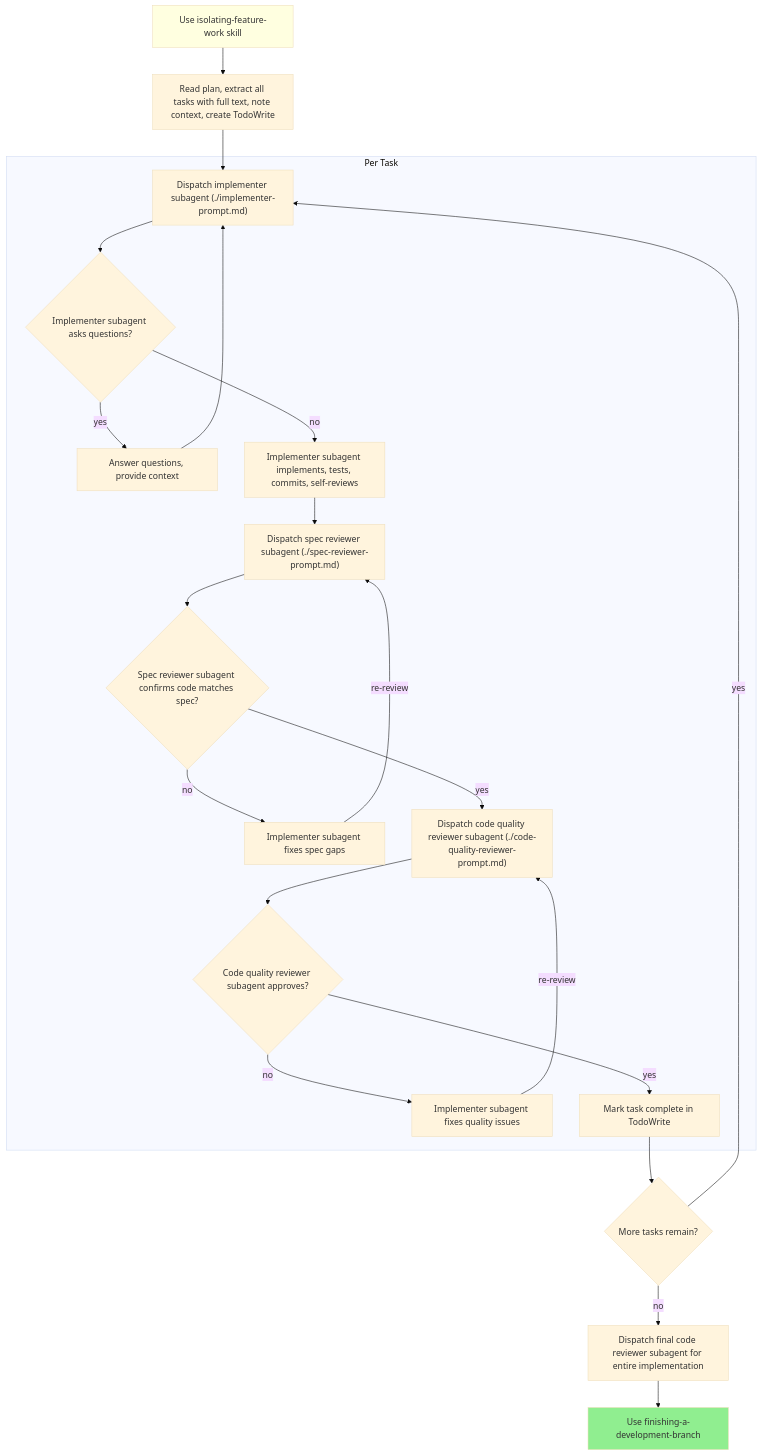
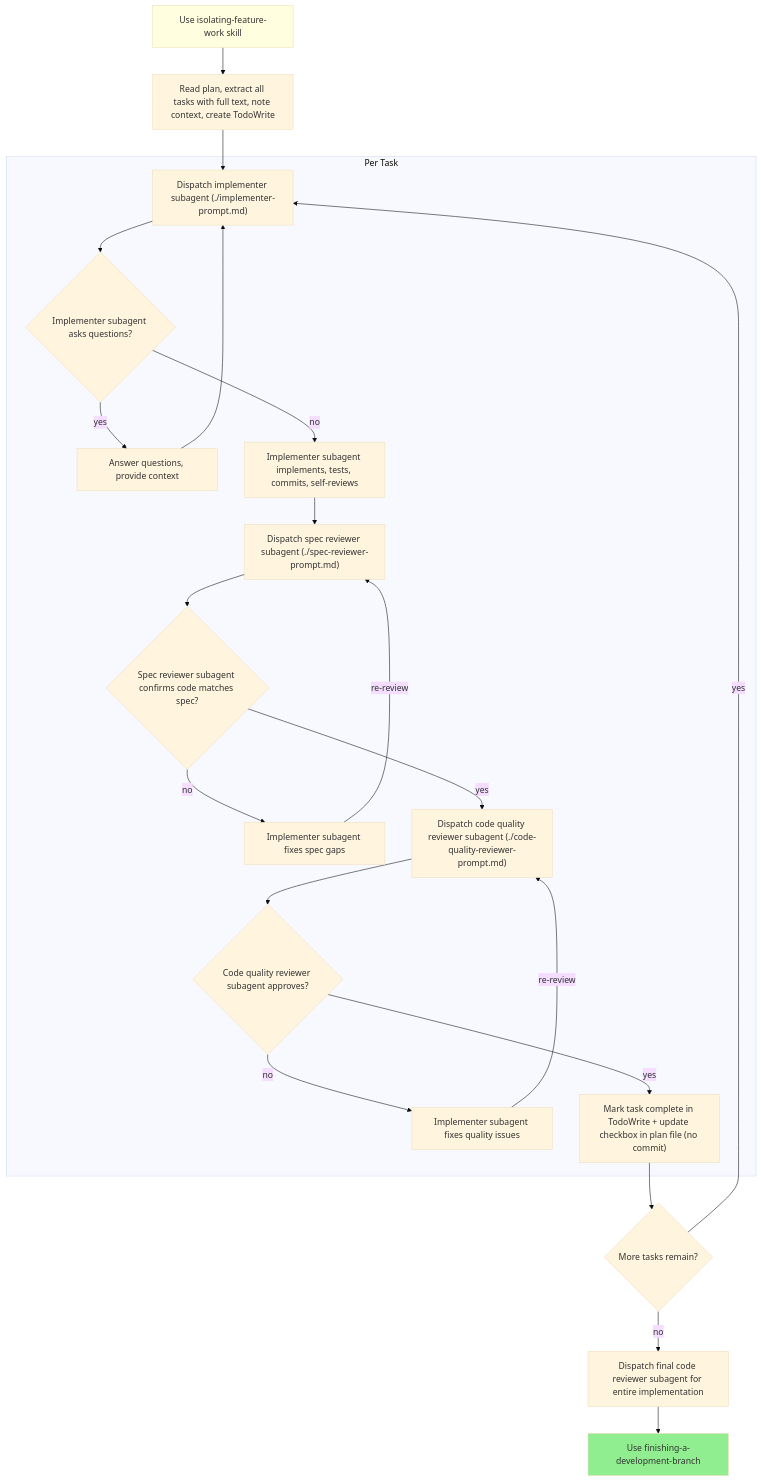
The second of 2 diagrams in .ai/skills/subagent-driven-development/SKILL.md (tungdd98/health-chatbot), drawn with Mermaid (base theme) before and after one commit. The commit also changed other lines of this file and 1 other file, not shown here.

Commit message:
feat(skill): add plan file checkbox update rule to executing-plans and subagent-driven-development

````diff
--- a/.ai/skills/subagent-driven-development/SKILL.md
+++ b/.ai/skills/subagent-driven-development/SKILL.md
@@ -44,45 +44,45 @@
 ```mermaid
 flowchart TD
     isolate["Use isolating-feature-work skill"]
     read["Read plan, extract all tasks with full text, note context, create TodoWrite"]
     moreTasks{"More tasks remain?"}
     finalReview["Dispatch final code reviewer subagent for entire implementation"]
     finish["Use finishing-a-development-branch"]
 
     subgraph perTask ["Per Task"]
         dispatch["Dispatch implementer subagent (./implementer-prompt.md)"]
         questions{"Implementer subagent asks questions?"}
         answer["Answer questions, provide context"]
         implement["Implementer subagent implements, tests, commits, self-reviews"]
         specReview["Dispatch spec reviewer subagent (./spec-reviewer-prompt.md)"]
         specMatch{"Spec reviewer subagent confirms code matches spec?"}
         fixSpec["Implementer subagent fixes spec gaps"]
         qualReview["Dispatch code quality reviewer subagent (./code-quality-reviewer-prompt.md)"]
         qualApprove{"Code quality reviewer subagent approves?"}
         fixQuality["Implementer subagent fixes quality issues"]
-        markDone["Mark task complete in TodoWrite"]
+        markDone["Mark task complete in TodoWrite + update checkbox in plan file (no commit)"]
     end
 
     isolate --> read
     read --> dispatch
     dispatch --> questions
     questions -->|yes| answer
     answer --> dispatch
     questions -->|no| implement
     implement --> specReview
     specReview --> specMatch
     specMatch -->|no| fixSpec
     fixSpec -->|re-review| specReview
     specMatch -->|yes| qualReview
     qualReview --> qualApprove
     qualApprove -->|no| fixQuality
     fixQuality -->|re-review| qualReview
     qualApprove -->|yes| markDone
     markDone --> moreTasks
     moreTasks -->|yes| dispatch
     moreTasks -->|no| finalReview
     finalReview --> finish
 
     style isolate fill:#ffffe0
     style finish fill:#90ee90
 ```
````
